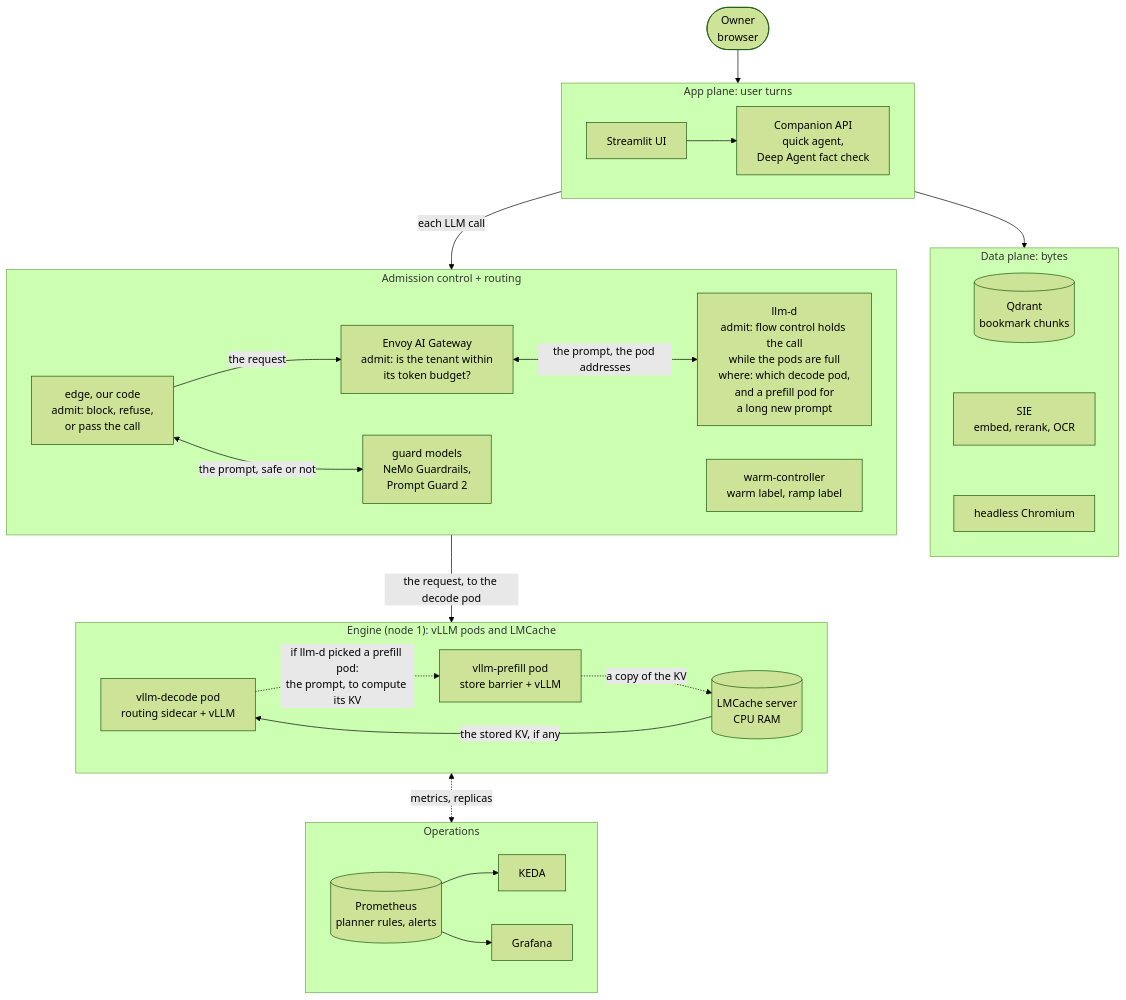
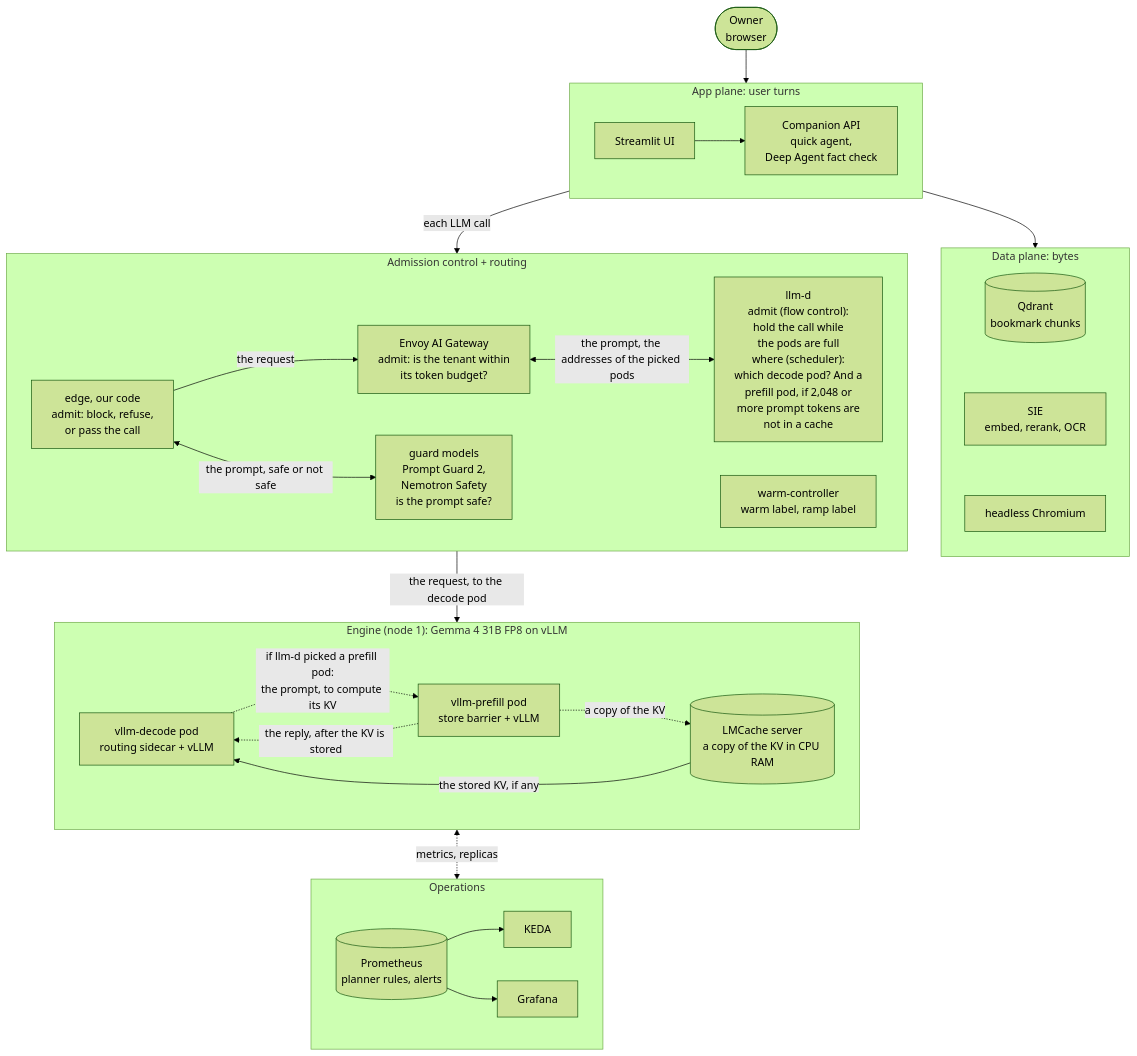
One commit to chetananand/learning-companion-serving changed the diagram in README.md. Above: the diagram before and after it, drawn with Mermaid (forest theme). The commit also changed other lines of this file and 4 other files, not shown here.

First line of the commit message:
Docs: one architecture, with the names of the slide diagram everywhere

````diff
--- a/README.md
+++ b/README.md
@@ -25,34 +25,35 @@
 ```mermaid
 flowchart TB
   user([Owner<br/>browser]) --> app
   subgraph app[App plane: user turns]
     direction LR
     ui[Streamlit UI] --> api[Companion API<br/>quick agent,<br/>Deep Agent fact check]
   end
   subgraph data[Data plane: bytes]
     direction TB
     qdrant[(Qdrant<br/>bookmark chunks)] ~~~ sie[SIE<br/>embed, rerank, OCR] ~~~ browser[headless Chromium]
   end
   subgraph acr[Admission control + routing]
     direction LR
     edge[edge, our code<br/>admit: block, refuse,<br/>or pass the call] -->|the request| envoy[Envoy AI Gateway<br/>admit: is the tenant within<br/>its token budget?]
-    edge <-->|the prompt, safe or not| guard[guard models<br/>NeMo Guardrails,<br/>Prompt Guard 2]
-    envoy <-->|the prompt, the pod addresses| epp[llm-d<br/>admit: flow control holds the call<br/>while the pods are full<br/>where: which decode pod,<br/>and a prefill pod for<br/>a long new prompt]
+    edge <-->|the prompt, safe or not safe| guard[guard models<br/>Prompt Guard 2,<br/>Nemotron Safety<br/>is the prompt safe?]
+    envoy <-->|the prompt, the addresses of the picked pods| epp["llm-d<br/>admit (flow control):<br/>hold the call while<br/>the pods are full<br/>where (scheduler):<br/>which decode pod? And a<br/>prefill pod, if 2,048 or<br/>more prompt tokens are<br/>not in a cache"]
     wc[warm-controller<br/>warm label, ramp label]
   end
-  subgraph eng["Engine (node 1): vLLM pods and LMCache"]
+  subgraph eng["Engine (node 1): Gemma 4 31B FP8 on vLLM"]
     direction LR
     dec[vllm-decode pod<br/>routing sidecar + vLLM] -.->|if llm-d picked a prefill pod:<br/>the prompt, to compute its KV| pre[vllm-prefill pod<br/>store barrier + vLLM]
-    pre -.->|a copy of the KV| lmc[(LMCache server<br/>CPU RAM)]
+    pre -.->|the reply, after the KV is stored| dec
+    pre -.->|a copy of the KV| lmc[(LMCache server<br/>a copy of the KV in CPU RAM)]
     lmc -->|the stored KV, if any| dec
   end
   subgraph ops[Operations]
     direction LR
     prom[(Prometheus<br/>planner rules, alerts)] --> keda[KEDA]
     prom --> graf[Grafana]
   end
   app --> data
   app -->|each LLM call| acr
   acr -->|the request, to the decode pod| eng
   eng <-.->|metrics, replicas| ops
 ```
````
